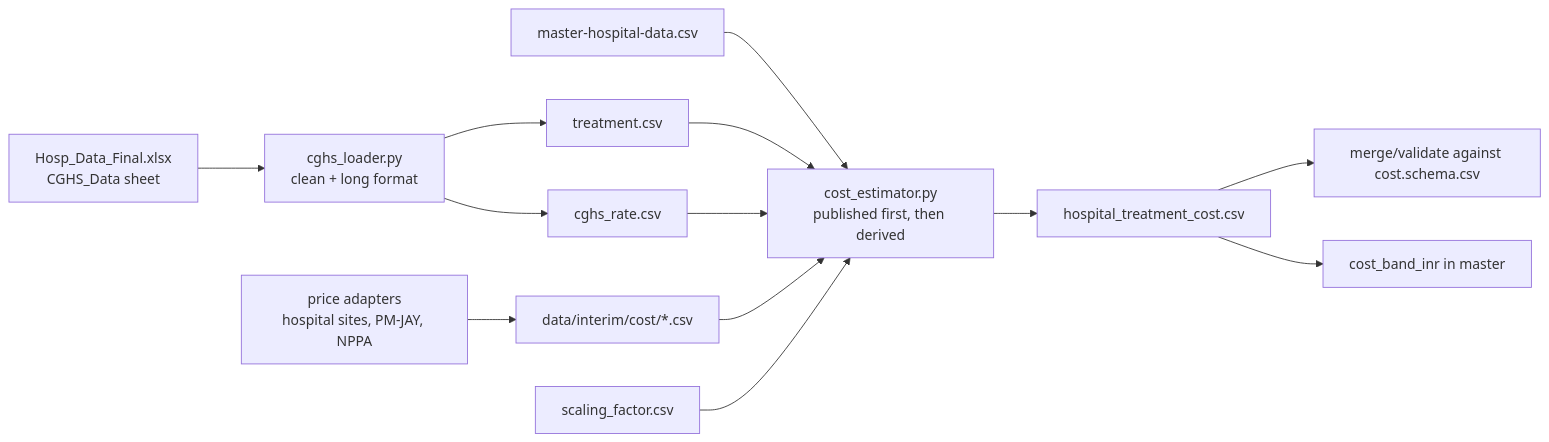
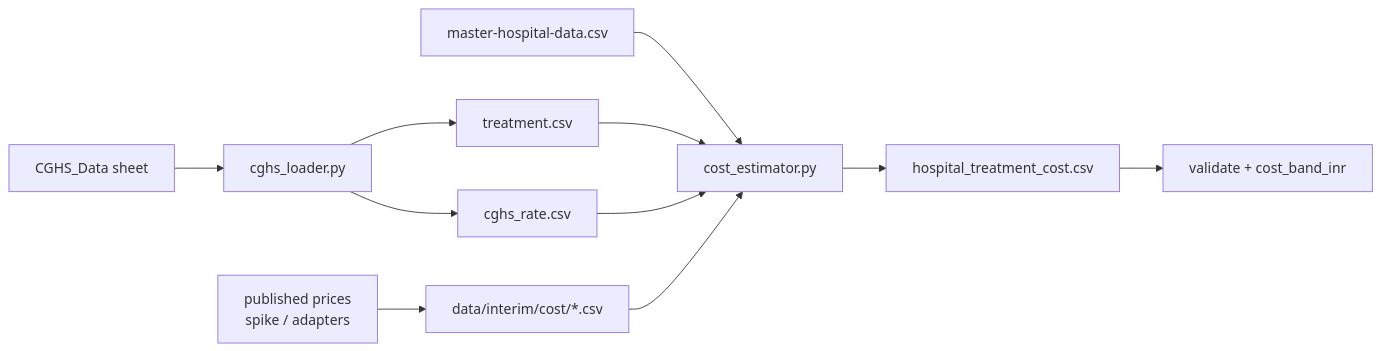
One commit to shubhamgithhub/MediRoute changed the second of 2 diagrams in docs/design/treatment_cost_data_design.md. Above: the diagram before and after it, drawn with Mermaid. The commit also changed other lines of this file and 1 other file, not shown here.

First line of the commit message:
Add treatment cost source research; update cost design to rev 2

````diff
--- a/docs/design/treatment_cost_data_design.md
+++ b/docs/design/treatment_cost_data_design.md
@@ -281,15 +206,13 @@
 ```mermaid
 flowchart LR
-    X[Hosp_Data_Final.xlsx<br/>CGHS_Data sheet] --> L[cghs_loader.py<br/>clean + long format]
+    X[CGHS_Data sheet] --> L[cghs_loader.py]
     L --> T[treatment.csv]
     L --> R[cghs_rate.csv]
-    P[price adapters<br/>hospital sites, PM-JAY, NPPA] --> I[data/interim/cost/*.csv]
-    M[master-hospital-data.csv] --> E
-    T --> E[cost_estimator.py<br/>published first, then derived]
+    P[published prices<br/>spike / adapters] --> I[data/interim/cost/*.csv]
+    M[master-hospital-data.csv] --> E[cost_estimator.py]
+    T --> E
     R --> E
     I --> E
-    F[scaling_factor.csv] --> E
     E --> C[hospital_treatment_cost.csv]
-    C --> V[merge/validate against cost.schema.csv]
-    C --> B[cost_band_inr in master]
+    C --> V[validate + cost_band_inr]
 ```
````
